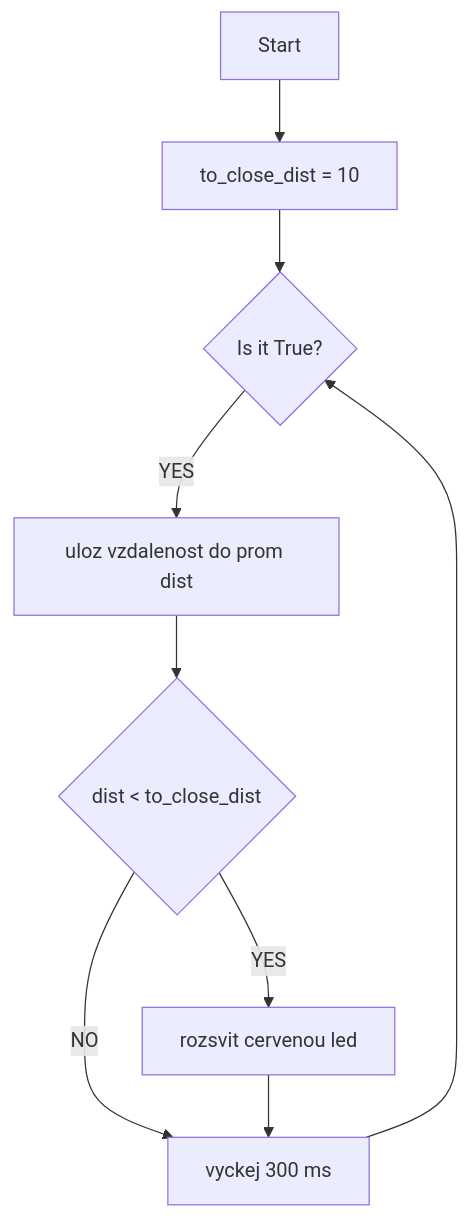
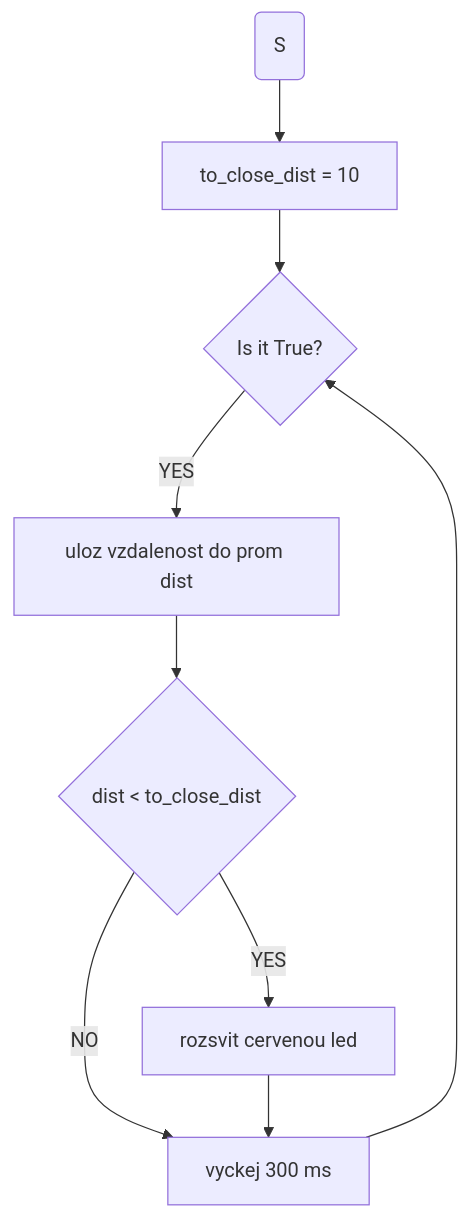
One commit to denisa-mat/BP-microbit changed the second of 3 diagrams in README.md. Above: the diagram before and after it, drawn with Mermaid. The commit also changed other lines of this file, not shown here.

Commit message:
[Start] -> (S), [Konec] -> (K)

````diff
--- a/README.md
+++ b/README.md
@@ -85,12 +85,12 @@
 ``` mermaid
   graph TD;
-      A[Start] --> B[to_close_dist = 10];
+      A(S) --> B[to_close_dist = 10];
       B --> C{Is it True?}
       C -- YES --> D[uloz vzdalenost do prom dist];
 	  D --> E{dist < to_close_dist};
 	  	E -- YES --> G[rozsvit cervenou led];
       E -- NO --> H[vyckej 300 ms];
       G --> H;
       H --> C;
 	  
 ```
````
